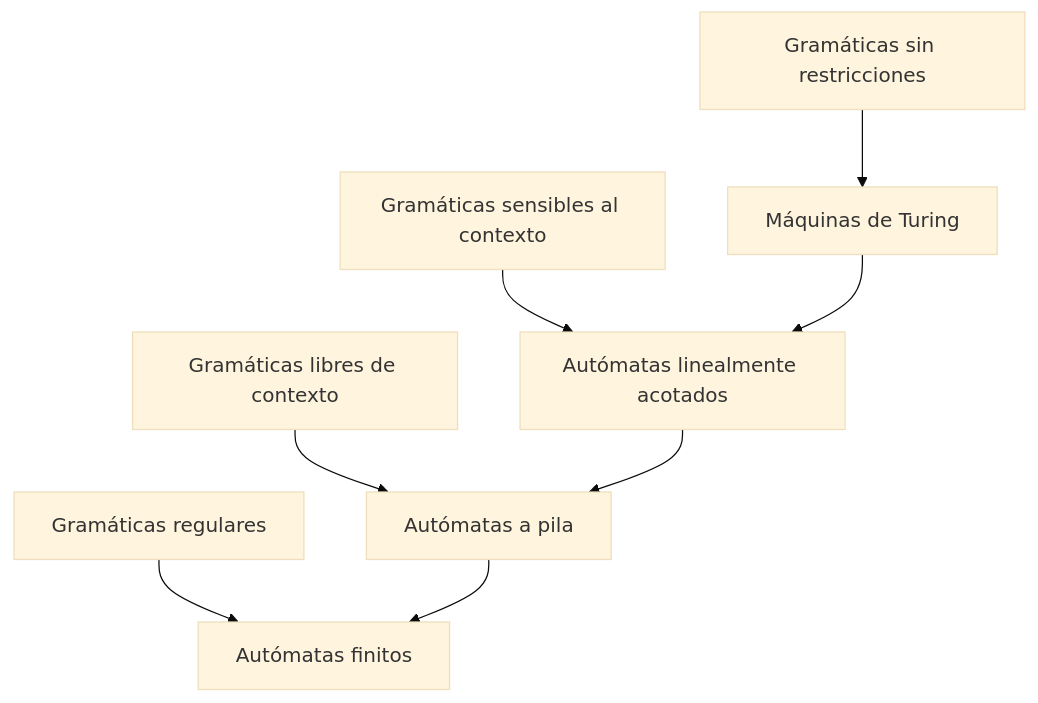
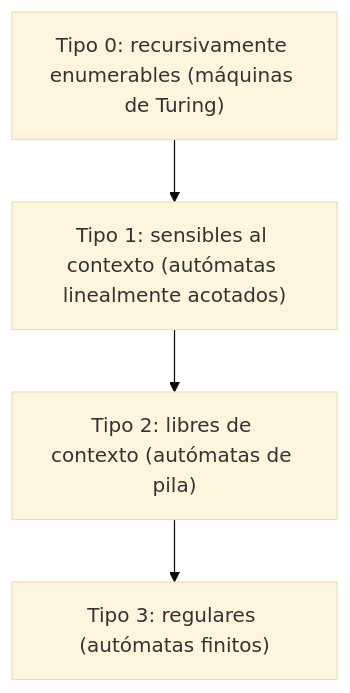
Before and after one commit to djaimej/computer-science-template: the first of 2 diagrams in public/documents/semester-4/1/4111.md, drawn with Mermaid (base theme). The commit also changed other lines of this file and 8 other files, not shown here.

````diff
--- a/public/documents/semester-4/1/4111.md
+++ b/public/documents/semester-4/1/4111.md
@@ -33,11 +59,6 @@
 ```mermaid
 graph TD
-    A[Gramáticas sin restricciones] --> B[Máquinas de Turing];
-    C[Gramáticas sensibles al contexto] --> D[Autómatas linealmente acotados];
-    E[Gramáticas libres de contexto] --> F[Autómatas a pila];
-    G[Gramáticas regulares] --> H[Autómatas finitos];
-
-    B --> D;
-    D --> F;
-    F --> H;
+    A["Tipo 0: recursivamente enumerables (máquinas de Turing)"] --> B["Tipo 1: sensibles al contexto (autómatas linealmente acotados)"]
+    B --> C["Tipo 2: libres de contexto (autómatas de pila)"]
+    C --> D["Tipo 3: regulares (autómatas finitos)"]
 ```
````
